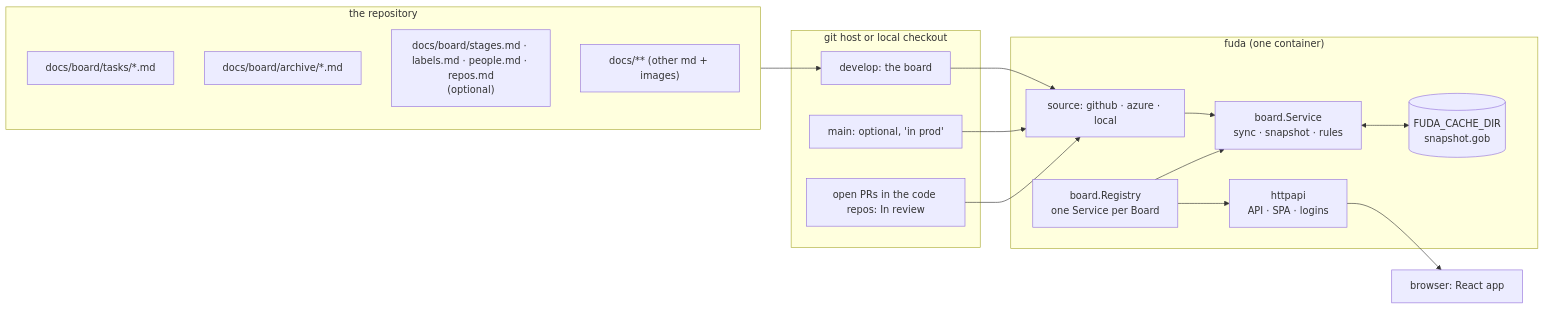
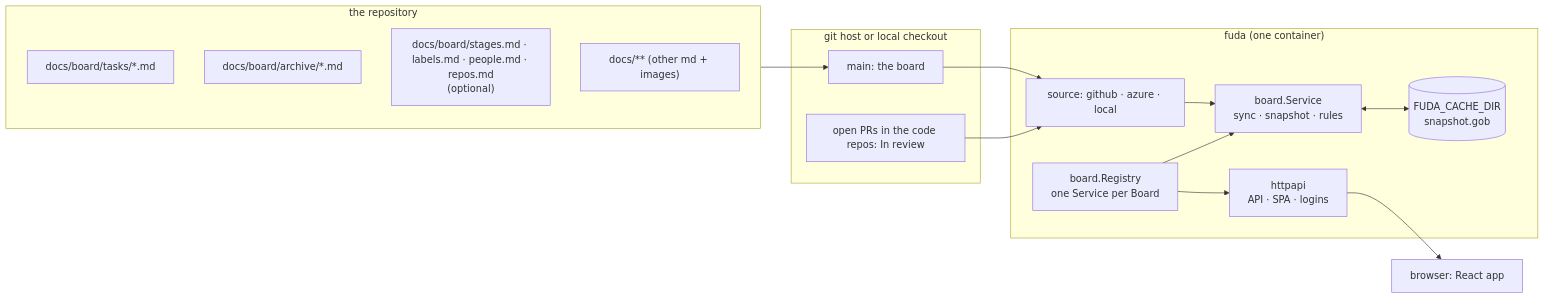
One commit to milos-sikic-nimbus-tech/fuda changed the first of 6 diagrams in docs/architecture.md. Above: the diagram before and after it, drawn with Mermaid. The commit also changed other lines of this file and 42 other files, not shown here.

First line of the commit message:
Read and write main on remote boards; turn In prod off

````diff
--- a/docs/architecture.md
+++ b/docs/architecture.md
@@ -16,30 +16,28 @@
 ```mermaid
 flowchart LR
   subgraph repo["the repository"]
     T["docs/board/tasks/*.md"]
     A["docs/board/archive/*.md"]
     C["docs/board/stages.md · labels.md · people.md · repos.md<br/>(optional)"]
     D["docs/** (other md + images)"]
   end
   subgraph host["git host or local checkout"]
-    DEV["develop: the board"]
-    MAIN["main: optional, 'in prod'"]
+    DEV["main: the board"]
     PR["open PRs in the code repos: In review"]
   end
   subgraph fuda["fuda (one container)"]
     SRC["source: github · azure · local"]
     REG["board.Registry<br/>one Service per Board"]
     SVC["board.Service<br/>sync · snapshot · rules"]
     HTTP["httpapi<br/>API · SPA · logins"]
     DISK[("FUDA_CACHE_DIR<br/>snapshot.gob")]
   end
   UI["browser: React app"]
   repo --> DEV
   DEV --> SRC
-  MAIN --> SRC
   PR --> SRC
   SRC --> SVC
   REG --> SVC
   SVC <--> DISK
   REG --> HTTP --> UI
 ```
````
